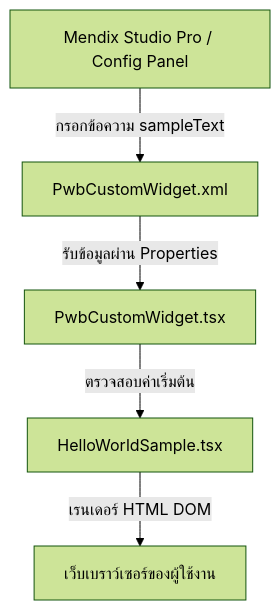
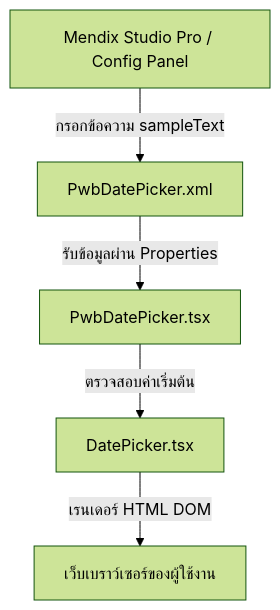
One commit to Lapat1560700104/Customize-mendix-widget-pwb-antigravity changed the diagram in Document/widget_overview.md. Above: the diagram before and after it, drawn with Mermaid (forest theme). The commit also changed other lines of this file and 25 other files, not shown here.

Commit message:
refactor: migrate PwbCustomWidget to PwbDatePicker with updated file structure and configuration

````diff
--- a/Document/widget_overview.md
+++ b/Document/widget_overview.md
@@ -20,7 +20,7 @@
 ```mermaid
 graph TD
-    M["Mendix Studio Pro / Config Panel"] -- "กรอกข้อความ sampleText" --> XML["PwbCustomWidget.xml"]
-    XML -- "รับข้อมูลผ่าน Properties" --> TSX["PwbCustomWidget.tsx"]
-    TSX -- "ตรวจสอบค่าเริ่มต้น" --> COMP["HelloWorldSample.tsx"]
+    M["Mendix Studio Pro / Config Panel"] -- "กรอกข้อความ sampleText" --> XML["PwbDatePicker.xml"]
+    XML -- "รับข้อมูลผ่าน Properties" --> TSX["PwbDatePicker.tsx"]
+    TSX -- "ตรวจสอบค่าเริ่มต้น" --> COMP["DatePicker.tsx"]
     COMP -- "เรนเดอร์ HTML DOM" --> Browser["เว็บเบราว์เซอร์ของผู้ใช้งาน"]
 ```
````
